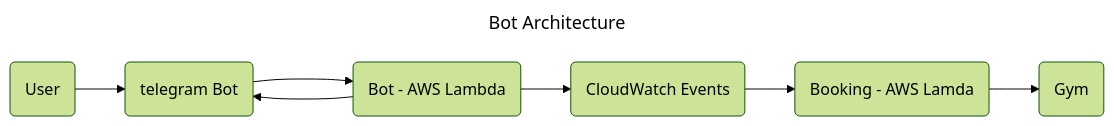
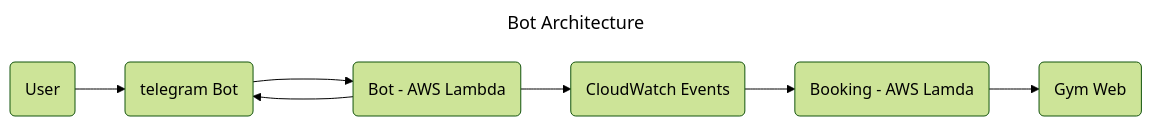
One commit to und1n3/gym-booking-bot changed the diagram in README.md. Above: the diagram before and after it, drawn with Mermaid (forest theme).

`````diff
--- a/README.md
+++ b/README.md
@@ -29,12 +29,12 @@
 ```mermaid
 ---
 title: Bot Architecture
 ---
 graph LR
     A(User) --> B(telegram Bot)
     C(Bot - AWS Lambda)--->B
     B -->C
     C --> D(CloudWatch Events)
     D -->E(Booking - AWS Lamda)
-    E -->F(Gym )
+    E -->F(Gym Web)
 ````
`````
